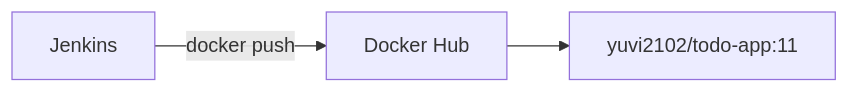
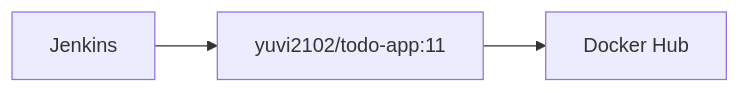
The fifth of 26 diagrams in DevOps-Labs-and-Projects/33-CI-CD-Interview-Prep/README.md (Yuvii2102/My-Devops-Cloud-Journey), drawn with Mermaid before and after one commit. The commit also changed other lines of this file, not shown here.

````diff
--- a/DevOps-Labs-and-Projects/33-CI-CD-Interview-Prep/README.md
+++ b/DevOps-Labs-and-Projects/33-CI-CD-Interview-Prep/README.md
@@ -292,5 +197,5 @@
 ```mermaid
 flowchart LR
-    A[Jenkins] -->|docker push| B[Docker Hub]
-    B --> C[yuvi2102/todo-app:11]
+    J["Jenkins"] --> IMAGE["yuvi2102/todo-app:11"]
+    IMAGE --> DH["Docker Hub"]
 ```
````
